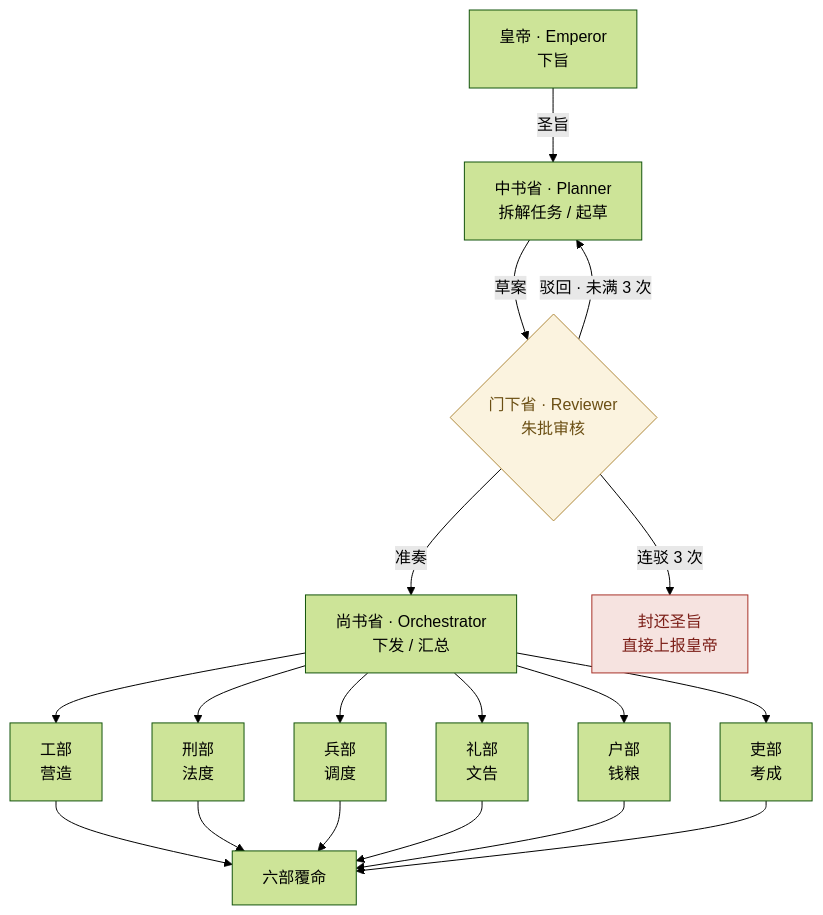
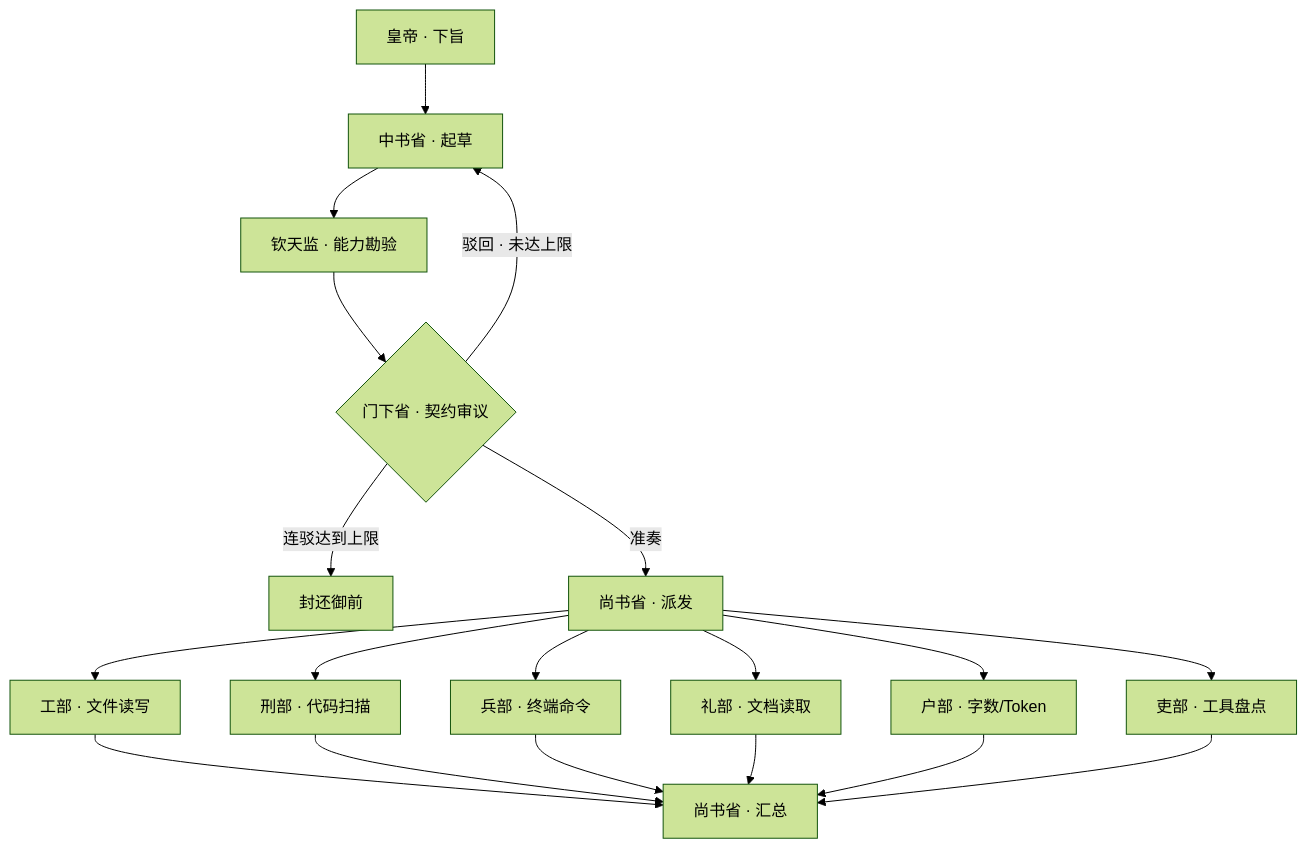
The diagram in README.md (LSwzx/dsh-tang-agent), drawn with Mermaid (forest theme) before and after one commit. The commit also changed other lines of this file and 18 other files, not shown here.

````diff
--- a/README.md
+++ b/README.md
@@ -17,22 +18,21 @@
 ```mermaid
 flowchart TD
-    A["皇帝 · Emperor<br/>下旨"] -->|圣旨| B["中书省 · Planner<br/>拆解任务 / 起草"]
-    B -->|草案| C{"门下省 · Reviewer<br/>朱批审核"}
-    C -->|准奏| D["尚书省 · Orchestrator<br/>下发 / 汇总"]
-    C -->|驳回 · 未满 3 次| B
-    C -->|连驳 3 次| E["封还圣旨<br/>直接上报皇帝"]
-    D --> F1["工部<br/>营造"]
-    D --> F2["刑部<br/>法度"]
-    D --> F3["兵部<br/>调度"]
-    D --> F4["礼部<br/>文告"]
-    D --> F5["户部<br/>钱粮"]
-    D --> F6["吏部<br/>考成"]
-    F1 --> G["六部覆命"]
-    F2 --> G
-    F3 --> G
-    F4 --> G
-    F5 --> G
-    F6 --> G
-    style E fill:#f6e3e0,stroke:#a8322a,color:#7c1f18
-    style C fill:#fbf3df,stroke:#b08a3e,color:#6b4f14
+    E["皇帝 · 下旨"] --> Z["中书省 · 起草"]
+    Z --> Q["钦天监 · 能力勘验"]
+    Q --> M{"门下省 · 契约审议"}
+    M -->|驳回 · 未达上限| Z
+    M -->|连驳达到上限| ESC["封还御前"]
+    M -->|准奏| S["尚书省 · 派发"]
+    S --> W["工部 · 文件读写"]
+    S --> J["刑部 · 代码扫描"]
+    S --> B["兵部 · 终端命令"]
+    S --> L["礼部 · 文档读取"]
+    S --> R["户部 · 字数/Token"]
+    S --> P["吏部 · 工具盘点"]
+    W --> AGG["尚书省 · 汇总"]
+    J --> AGG
+    B --> AGG
+    L --> AGG
+    R --> AGG
+    P --> AGG
 ```
````
